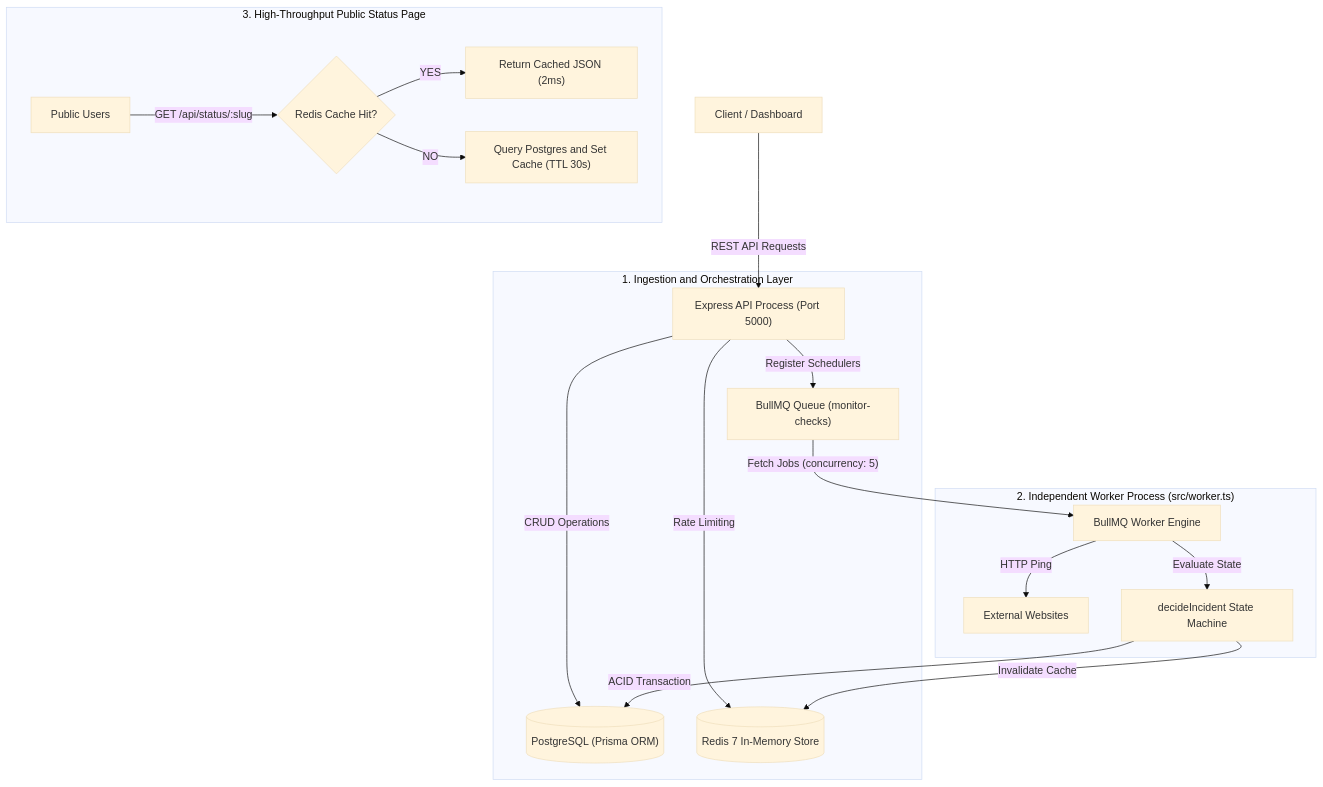
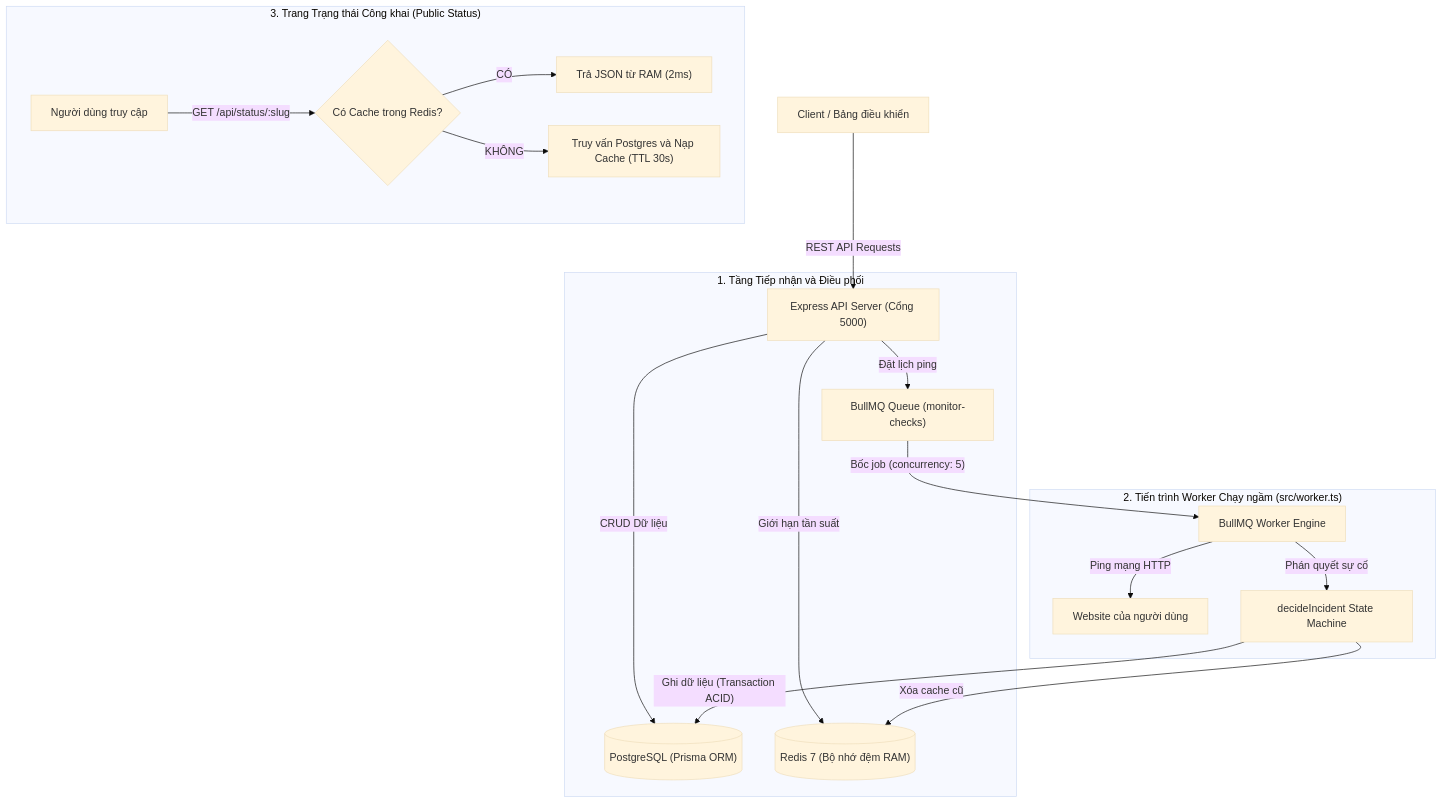
Before and after one commit to DaoDuyHai/PingPulse: the diagram in README.md, drawn with Mermaid (base theme). The commit also changed other lines of this file, not shown here.

````diff
--- a/README.md
+++ b/README.md
@@ -37,24 +35,24 @@
 ```mermaid
 flowchart TD
-    Client["Client / Dashboard"] -->|"REST API Requests"| API["Express API Process (Port 5000)"]
+    Client["Client / Bảng điều khiển"] -->|"REST API Requests"| API["Express API Server (Cổng 5000)"]
     
-    subgraph Ingestion_Layer["1. Ingestion and Orchestration Layer"]
-        API -->|"CRUD Operations"| DB[("PostgreSQL (Prisma ORM)")]
-        API -->|"Register Schedulers"| Queue["BullMQ Queue (monitor-checks)"]
-        API -->|"Rate Limiting"| RedisCache[("Redis 7 In-Memory Store")]
+    subgraph Ingestion_Layer["1. Tầng Tiếp nhận và Điều phối"]
+        API -->|"CRUD Dữ liệu"| DB[("PostgreSQL (Prisma ORM)")]
+        API -->|"Đặt lịch ping"| Queue["BullMQ Queue (monitor-checks)"]
+        API -->|"Giới hạn tần suất"| RedisCache[("Redis 7 (Bộ nhớ đệm RAM)")]
     end
 
-    subgraph Background_Worker["2. Independent Worker Process (src/worker.ts)"]
-        Queue -->|"Fetch Jobs (concurrency: 5)"| Worker["BullMQ Worker Engine"]
-        Worker -->|"HTTP Ping"| Target["External Websites"]
-        Worker -->|"Evaluate State"| Brain["decideIncident State Machine"]
-        Brain -->|"ACID Transaction"| DB
-        Brain -->|"Invalidate Cache"| RedisCache
+    subgraph Background_Worker["2. Tiến trình Worker Chạy ngầm (src/worker.ts)"]
+        Queue -->|"Bốc job (concurrency: 5)"| Worker["BullMQ Worker Engine"]
+        Worker -->|"Ping mạng HTTP"| Target["Website của người dùng"]
+        Worker -->|"Phán quyết sự cố"| Brain["decideIncident State Machine"]
+        Brain -->|"Ghi dữ liệu (Transaction ACID)"| DB
+        Brain -->|"Xóa cache cũ"| RedisCache
     end
 
-    subgraph Public_Status["3. High-Throughput Public Status Page"]
-        Visitor["Public Users"] -->|"GET /api/status/:slug"| CacheCheck{"Redis Cache Hit?"}
-        CacheCheck -->|"YES"| ReturnCache["Return Cached JSON (2ms)"]
-        CacheCheck -->|"NO"| ReadDB["Query Postgres and Set Cache (TTL 30s)"]
+    subgraph Public_Status["3. Trang Trạng thái Công khai (Public Status)"]
+        Visitor["Người dùng truy cập"] -->|"GET /api/status/:slug"| CacheCheck{"Có Cache trong Redis?"}
+        CacheCheck -->|"CÓ"| ReturnCache["Trả JSON từ RAM (2ms)"]
+        CacheCheck -->|"KHÔNG"| ReadDB["Truy vấn Postgres và Nạp Cache (TTL 30s)"]
     end
 ```
````
